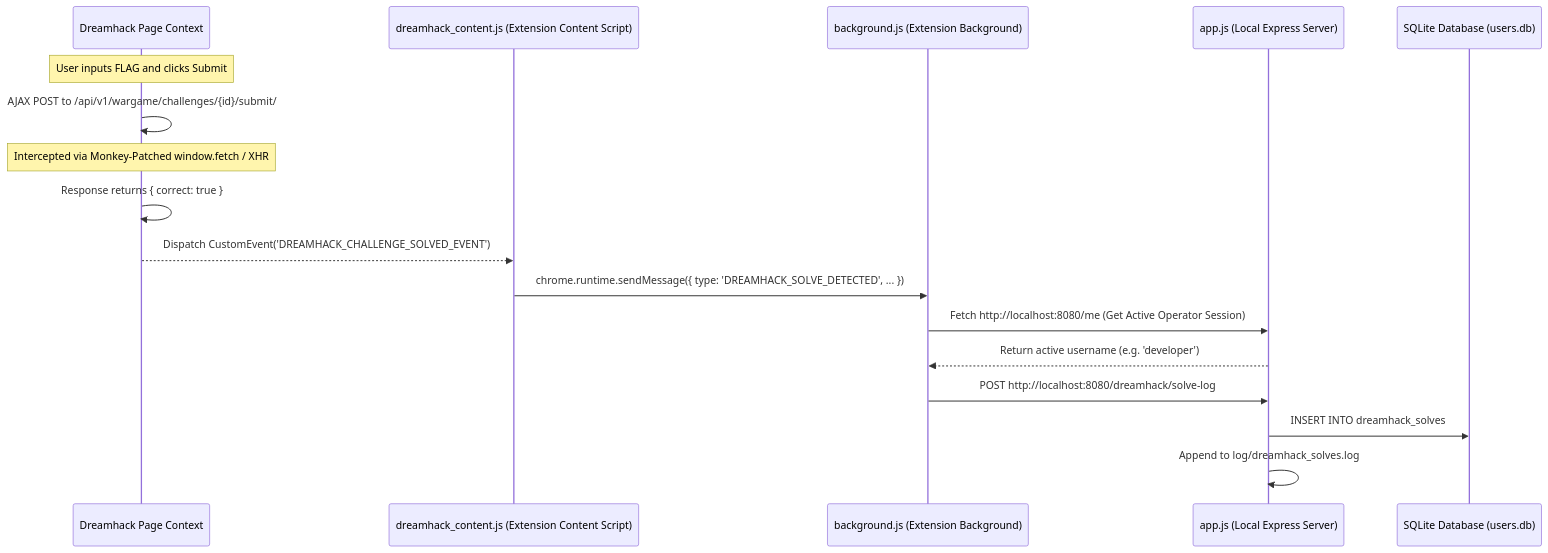
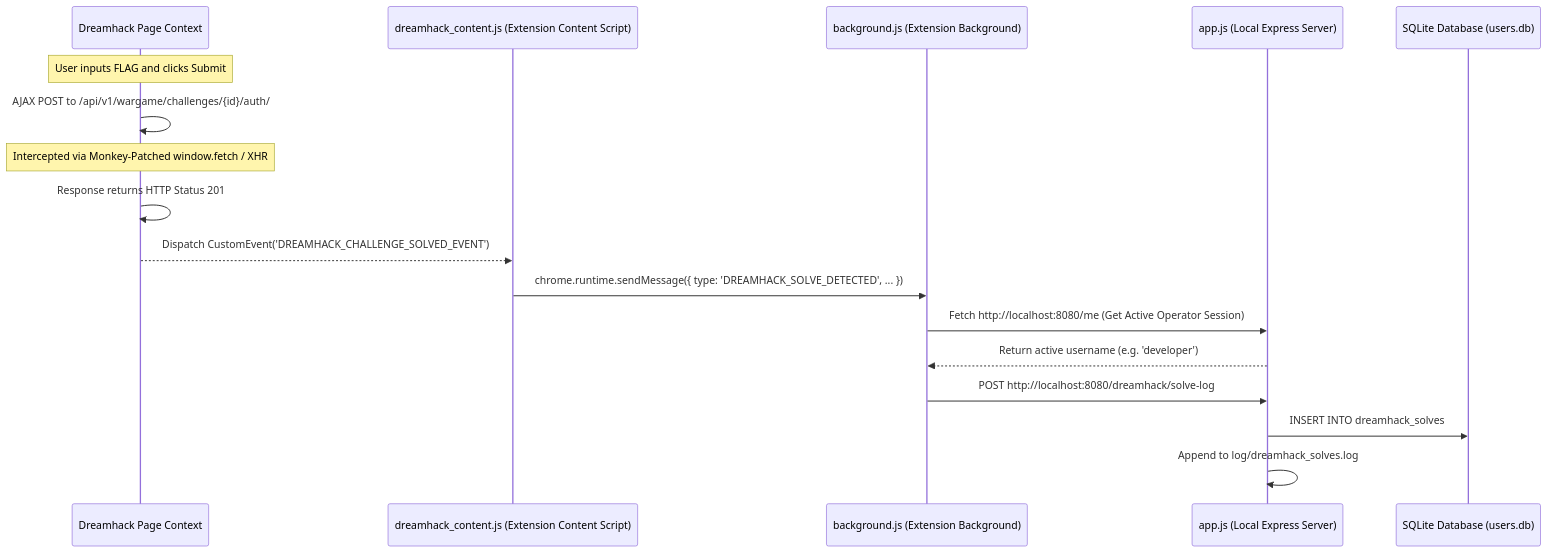
One commit to jaewooli/SII-homepage changed the diagram in ARCHITECTURE.md. Above: the diagram before and after it, drawn with Mermaid. The commit also changed other lines of this file and 2 other files, not shown here.

Commit message:
Update Chrome Extension interception logic for Dreamhack challenges

````diff
--- a/ARCHITECTURE.md
+++ b/ARCHITECTURE.md
@@ -20,20 +20,20 @@
 ```mermaid
 sequenceDiagram
     participant DH as Dreamhack Page Context
     participant CS as dreamhack_content.js (Extension Content Script)
     participant BG as background.js (Extension Background)
     participant SRV as app.js (Local Express Server)
     participant DB as SQLite Database (users.db)
 
     Note over DH: User inputs FLAG and clicks Submit
-    DH->>DH: AJAX POST to /api/v1/wargame/challenges/{id}/submit/
+    DH->>DH: AJAX POST to /api/v1/wargame/challenges/{id}/auth/
     Note over DH: Intercepted via Monkey-Patched window.fetch / XHR
-    DH->>DH: Response returns { correct: true }
+    DH->>DH: Response returns HTTP Status 201
     DH-->>CS: Dispatch CustomEvent('DREAMHACK_CHALLENGE_SOLVED_EVENT')
     CS->>BG: chrome.runtime.sendMessage({ type: 'DREAMHACK_SOLVE_DETECTED', ... })
     BG->>SRV: Fetch http://localhost:8080/me (Get Active Operator Session)
     SRV-->>BG: Return active username (e.g. 'developer')
     BG->>SRV: POST http://localhost:8080/dreamhack/solve-log
     SRV->>DB: INSERT INTO dreamhack_solves
     SRV->>SRV: Append to log/dreamhack_solves.log
 ```
````
